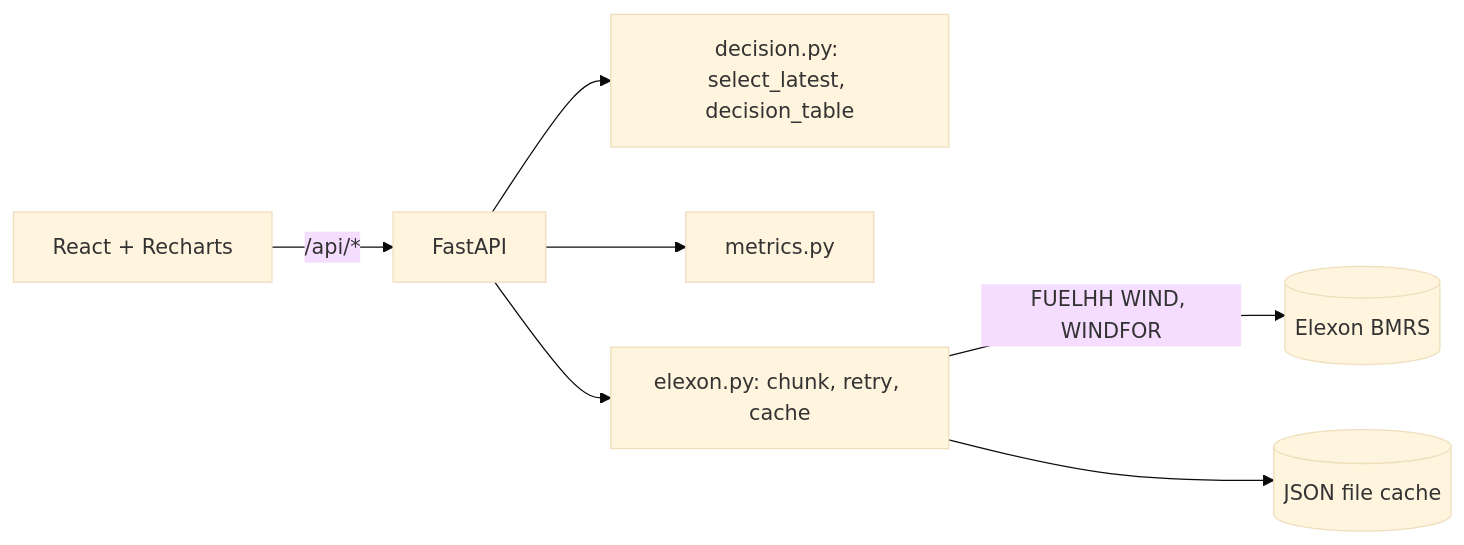
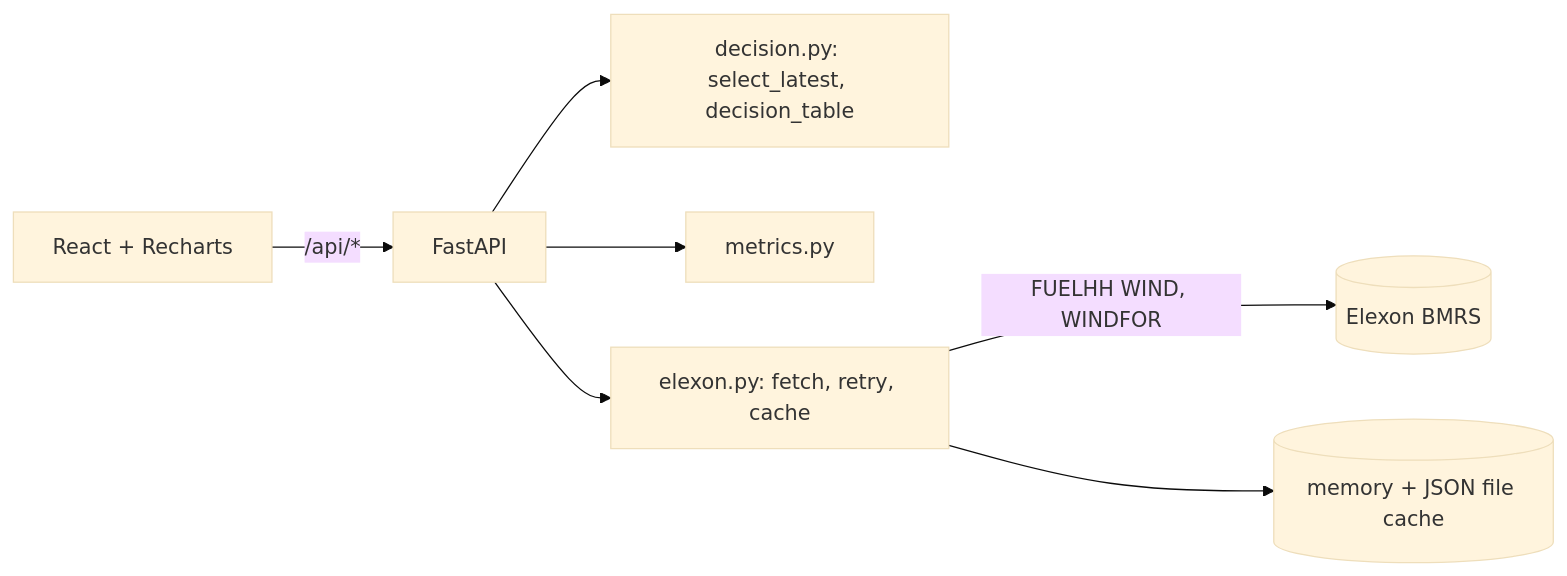
The diagram in docs/TECH_REVIEW.md (Jiyare06/kjhwr), drawn with Mermaid (base theme) before and after one commit. The commit also changed other lines of this file and 7 other files, not shown here.

````diff
--- a/docs/TECH_REVIEW.md
+++ b/docs/TECH_REVIEW.md
@@ -3,9 +3,9 @@
 ```mermaid
 flowchart LR
   UI[React + Recharts] -->|/api/*| API[FastAPI]
   API --> DEC[decision.py: select_latest, decision_table]
   API --> MET[metrics.py]
-  API --> ELX[elexon.py: chunk, retry, cache]
+  API --> ELX[elexon.py: fetch, retry, cache]
   ELX -->|FUELHH WIND, WINDFOR| BMRS[(Elexon BMRS)]
-  ELX --> CACHE[(JSON file cache)]
+  ELX --> CACHE[(memory + JSON file cache)]
 ```
````
